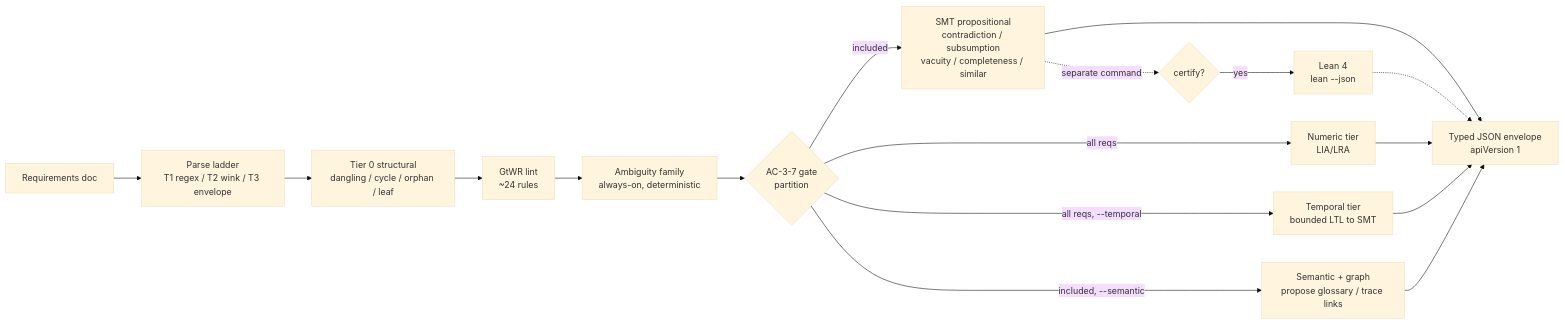
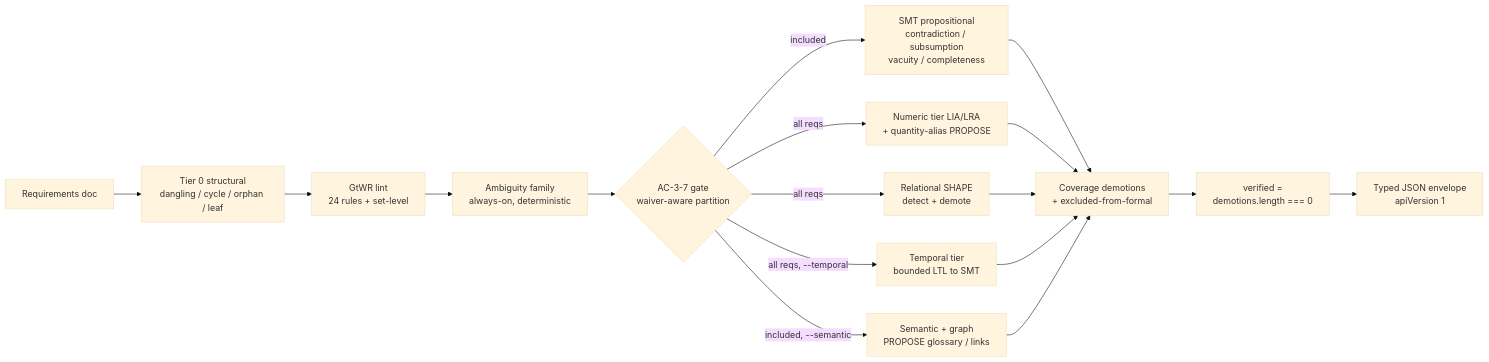
Before and after one commit to theagenticguy/symspec: the diagram in docs/architecture/system-overview.md, drawn with Mermaid (base theme). The commit also changed other lines of this file and 17 other files, not shown here.

````diff
--- a/docs/architecture/system-overview.md
+++ b/docs/architecture/system-overview.md
@@ -25,19 +33,19 @@
 ```mermaid
 flowchart LR
-  doc[Requirements doc] --> parse[Parse ladder<br/>T1 regex / T2 wink / T3 envelope]
-  parse --> struct[Tier 0 structural<br/>dangling / cycle / orphan / leaf]
-  struct --> lint[GtWR lint<br/>~24 rules]
+  doc[Requirements doc] --> struct[Tier 0 structural<br/>dangling / cycle / orphan / leaf]
+  struct --> lint[GtWR lint<br/>24 rules + set-level]
   lint --> ambig[Ambiguity family<br/>always-on, deterministic]
-  ambig --> gate{AC-3-7 gate<br/>partition}
-  gate -->|included| smt[SMT propositional<br/>contradiction / subsumption<br/>vacuity / completeness / similar]
-  gate -->|all reqs| num[Numeric tier<br/>LIA/LRA]
+  ambig --> gate{AC-3-7 gate<br/>waiver-aware partition}
+  gate -->|included| smt[SMT propositional<br/>contradiction / subsumption<br/>vacuity / completeness]
+  gate -->|all reqs| num[Numeric tier LIA/LRA<br/>+ quantity-alias PROPOSE]
+  gate -->|all reqs| rel[Relational SHAPE<br/>detect + demote]
   gate -->|all reqs, --temporal| temp[Temporal tier<br/>bounded LTL to SMT]
-  gate -->|included, --semantic| sem[Semantic + graph<br/>propose glossary / trace links]
-  smt --> env[Typed JSON envelope<br/>apiVersion 1]
-  num --> env
-  temp --> env
-  sem --> env
-  smt -.->|separate command| cert{certify?}
-  cert -->|yes| lean[Lean 4<br/>lean --json]
-  lean -.-> env
+  gate -->|included, --semantic| sem[Semantic + graph<br/>PROPOSE glossary / links]
+  smt --> cov[Coverage demotions<br/>+ excluded-from-formal]
+  num --> cov
+  rel --> cov
+  temp --> cov
+  sem --> cov
+  cov --> verdict[verified =<br/>demotions.length === 0]
+  verdict --> env[Typed JSON envelope<br/>apiVersion 1]
 ```
````
